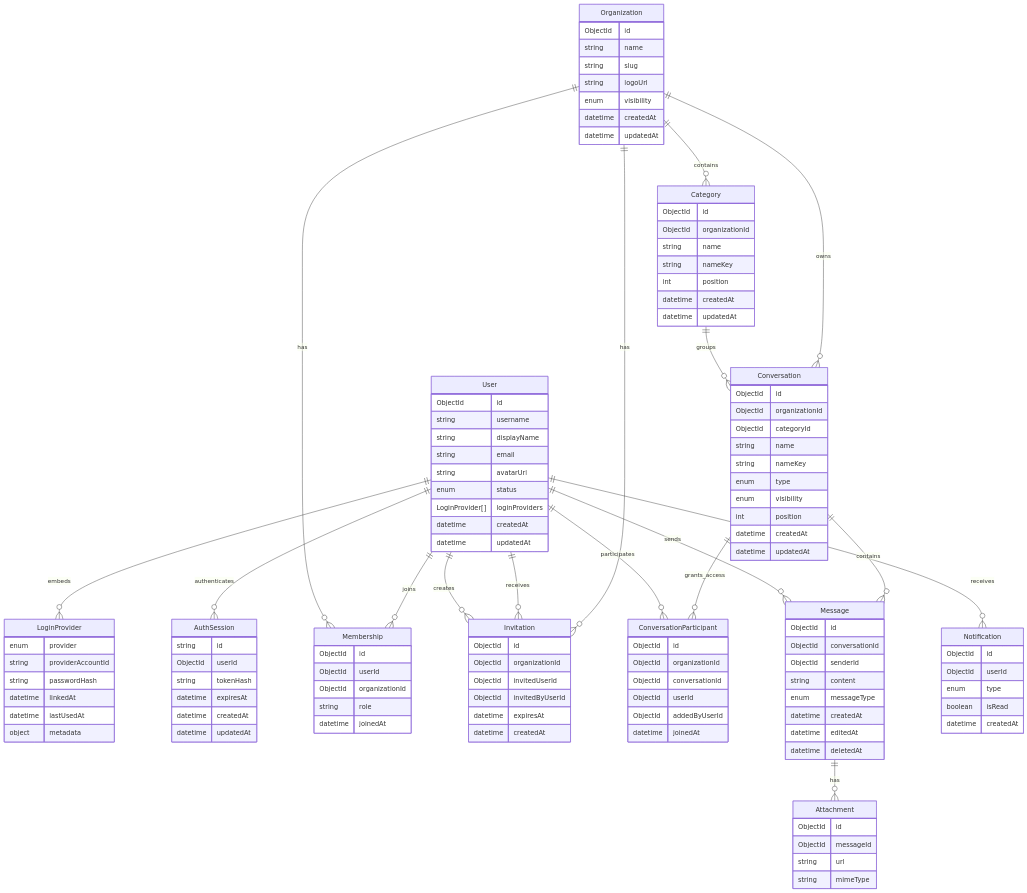
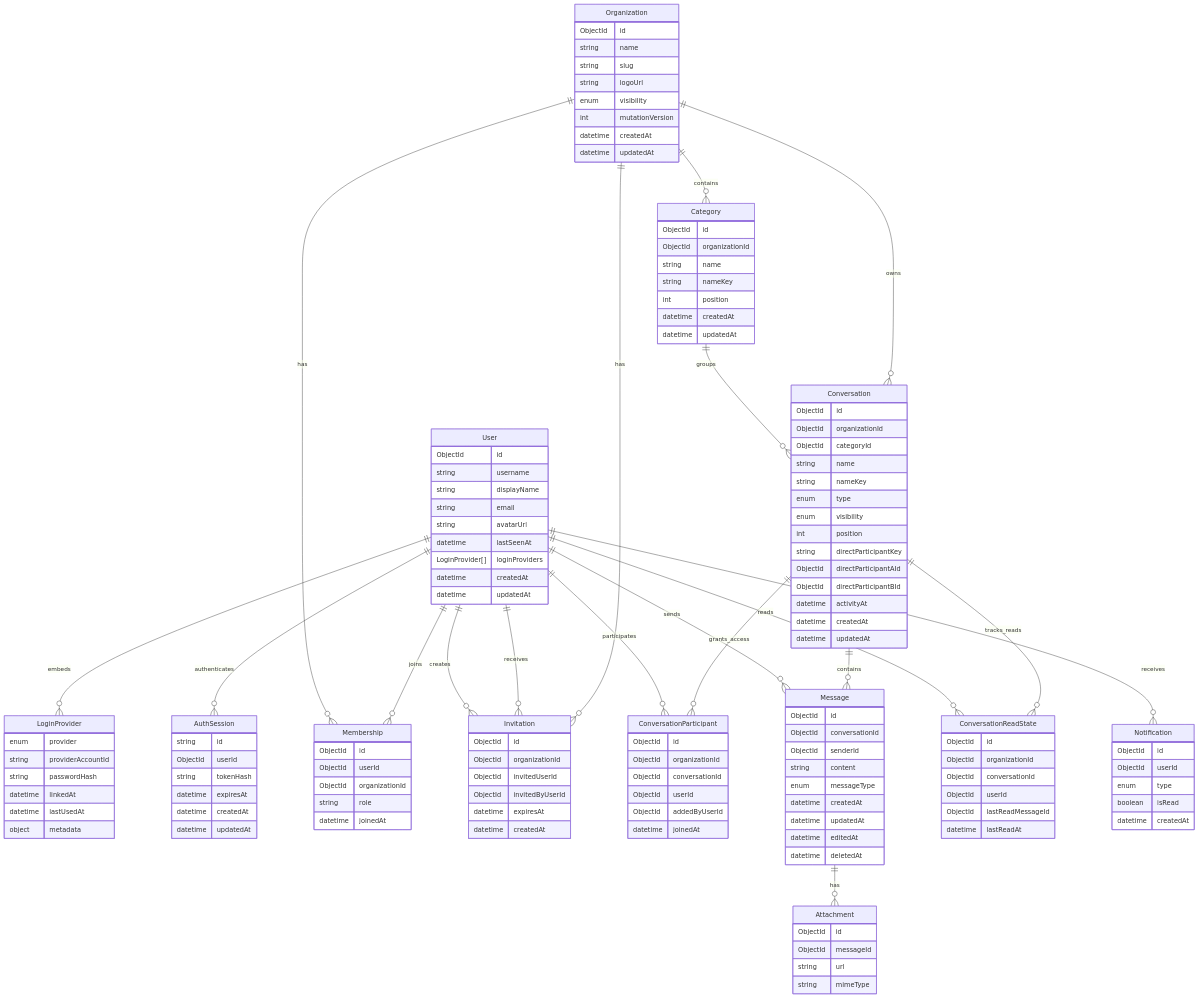
The diagram in .agents/database/ERD.md (RamyMohamed47/intouch-chatapp), drawn with Mermaid before and after one commit. The commit also changed other lines of this file and 97 other files, not shown here.

```diff
--- a/.agents/database/ERD.md
+++ b/.agents/database/ERD.md
@@ -7,7 +7,7 @@
         string displayName
         string email
         string avatarUrl
-        enum status
+        datetime lastSeenAt
         LoginProvider[] loginProviders
         datetime createdAt
         datetime updatedAt
@@ -37,6 +37,7 @@
         string slug
         string logoUrl
         enum visibility
+        int mutationVersion
         datetime createdAt
         datetime updatedAt
     }
@@ -77,6 +78,10 @@
         enum type
         enum visibility
         int position
+        string directParticipantKey
+        ObjectId directParticipantAId
+        ObjectId directParticipantBId
+        datetime activityAt
         datetime createdAt
         datetime updatedAt
     }
@@ -97,8 +102,18 @@
         string content
         enum messageType
         datetime createdAt
+        datetime updatedAt
         datetime editedAt
         datetime deletedAt
+    }
+
+    ConversationReadState {
+        ObjectId id
+        ObjectId organizationId
+        ObjectId conversationId
+        ObjectId userId
+        ObjectId lastReadMessageId
+        datetime lastReadAt
     }
 
     Attachment {
@@ -138,6 +153,10 @@
 
     User ||--o{ Message : sends
 
+    Conversation ||--o{ ConversationReadState : tracks_reads
+
+    User ||--o{ ConversationReadState : reads
+
     Message ||--o{ Attachment : has
 
     User ||--o{ Notification : receives
```
